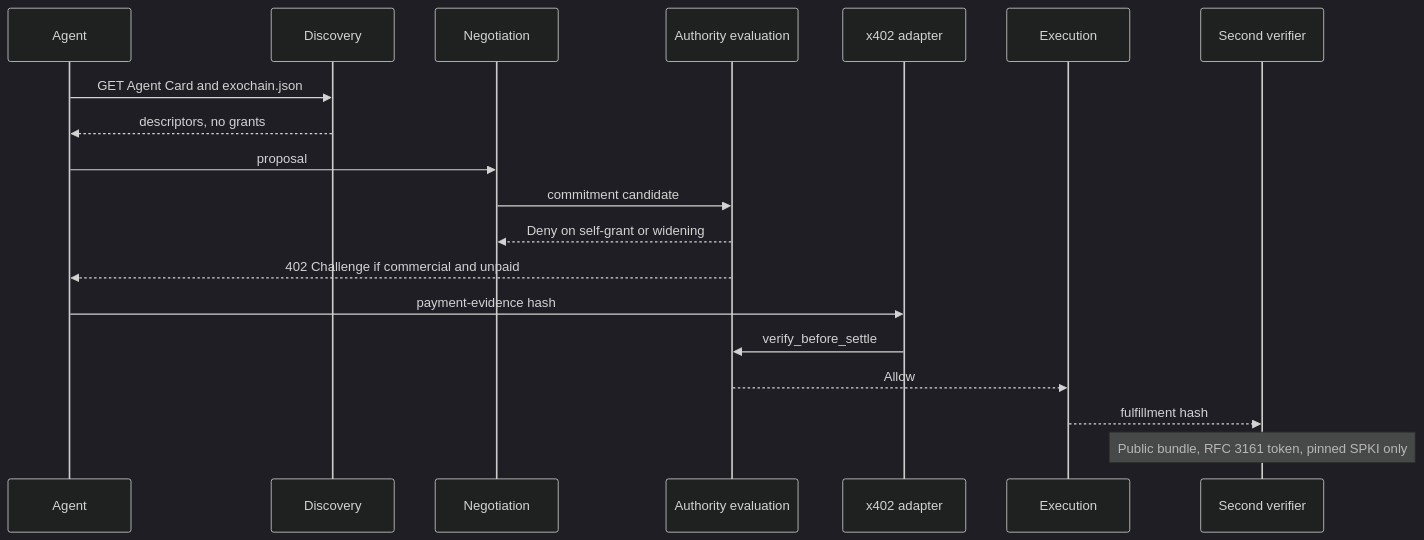
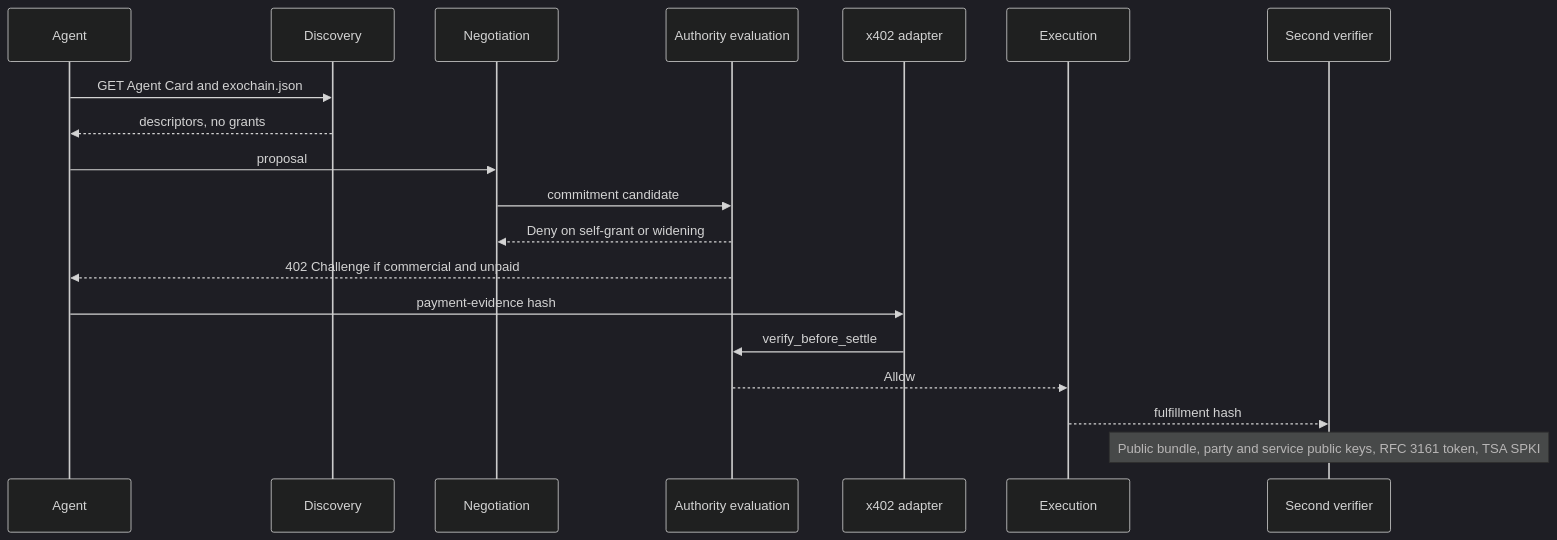
One commit to exochain/exochain changed the second of 2 diagrams in governance/releases/v0.3.1/ARCHITECTURE.md. Above: the diagram before and after it, drawn with Mermaid (dark theme). The commit also changed other lines of this file and 41 other files, not shown here.

First line of the commit message:
docs(governance): close the v0.3.1 schema and spec review gaps

````diff
--- a/governance/releases/v0.3.1/ARCHITECTURE.md
+++ b/governance/releases/v0.3.1/ARCHITECTURE.md
@@ -131,21 +139,21 @@
 ```mermaid
 sequenceDiagram
   participant Agent
   participant Disc as Discovery
   participant Neg as Negotiation
   participant Auth as Authority evaluation
   participant Set as x402 adapter
   participant Exe as Execution
   participant Ver as Second verifier
   Agent->>Disc: GET Agent Card and exochain.json
   Disc-->>Agent: descriptors, no grants
   Agent->>Neg: proposal
   Neg->>Auth: commitment candidate
   Auth-->>Neg: Deny on self-grant or widening
   Auth-->>Agent: 402 Challenge if commercial and unpaid
   Agent->>Set: payment-evidence hash
   Set->>Auth: verify_before_settle
   Auth-->>Exe: Allow
   Exe-->>Ver: fulfillment hash
-  Note over Ver: Public bundle, RFC 3161 token, pinned SPKI only
+  Note over Ver: Public bundle, party and service public keys, RFC 3161 token, TSA SPKI
 ```
````
